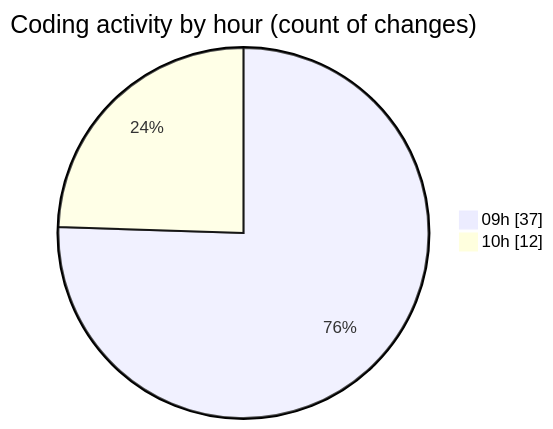
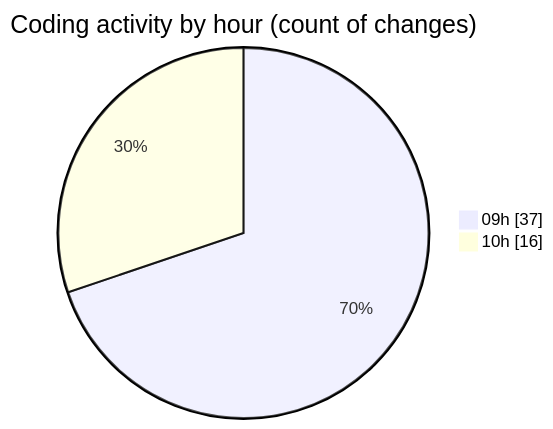
The second of 2 diagrams in 2025-02-12/cda/README.md (momahboobian/code-tracking), drawn with Mermaid before and after one commit. The commit also changed other lines of this file and 1 other file, not shown here.

````diff
--- a/2025-02-12/cda/README.md
+++ b/2025-02-12/cda/README.md
@@ -29,6 +29,6 @@
 ```mermaid
 pie showData
 title Coding activity by hour (count of changes)
 "09h" : 37
-"10h" : 12
+"10h" : 16
 ```
````
